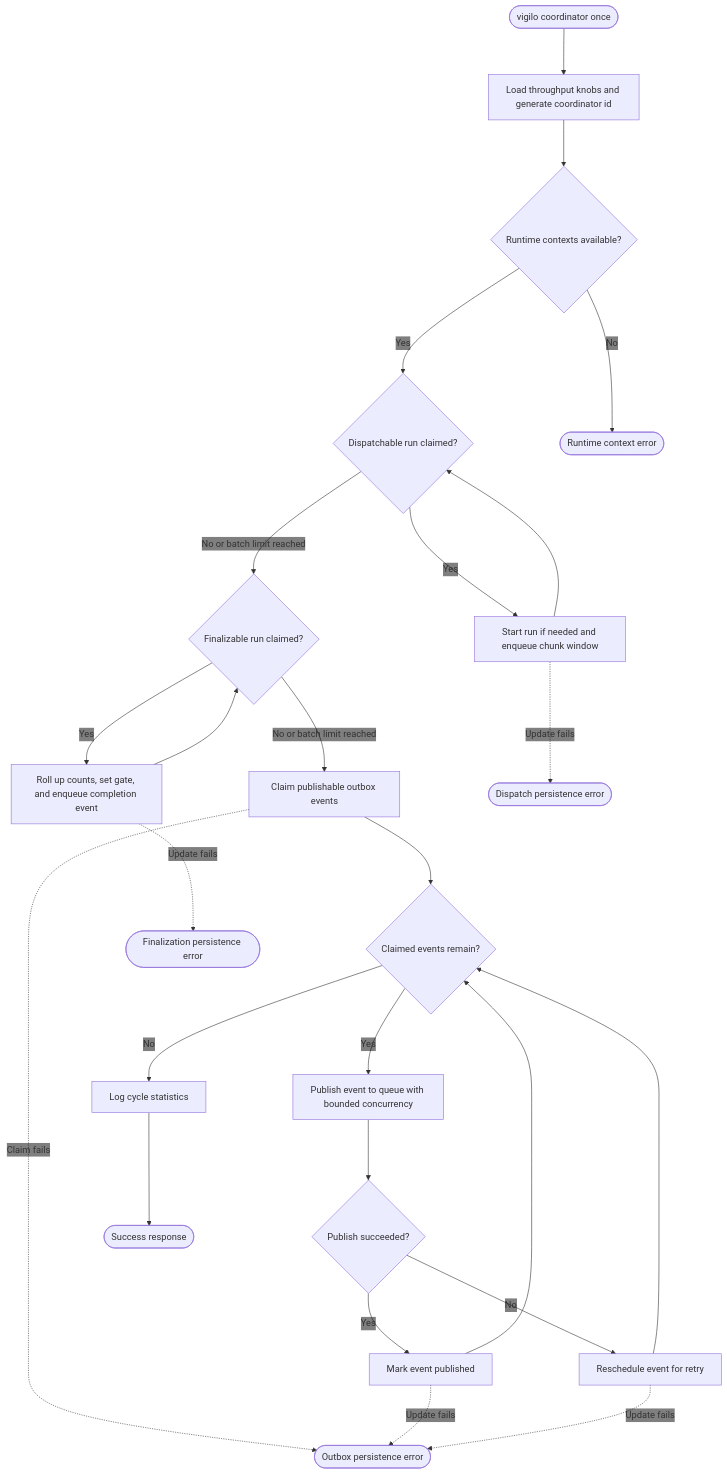
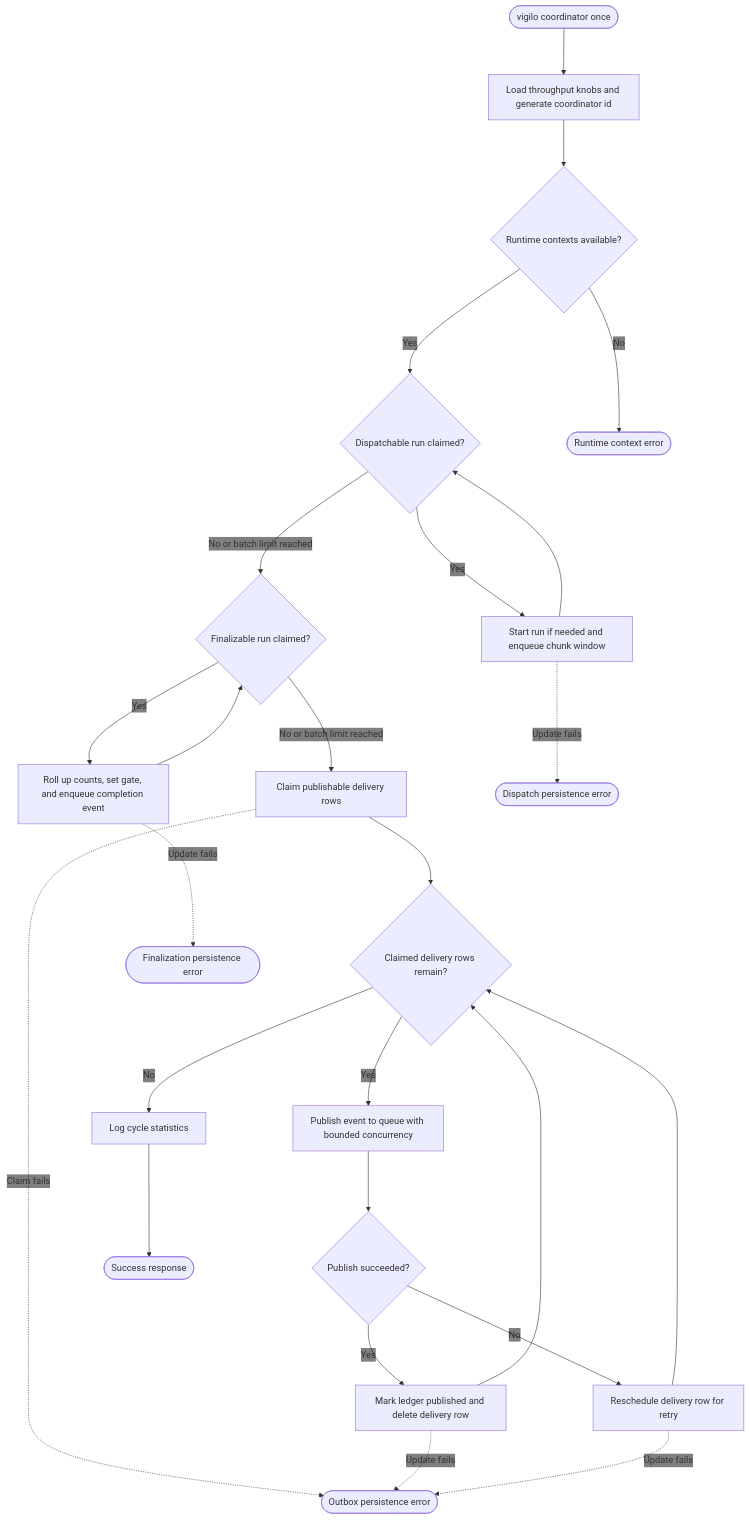
The diagram in web/docs/architecture/flows/coordinator/once/decision-flow.mmd (gregl83/agent-vigilo), drawn with Mermaid before and after one commit. The commit also changed 18 other files, not shown here.

First line of the commit message:
update event outbox to use archive and queue table

```diff
--- a/web/docs/architecture/flows/coordinator/once/decision-flow.mmd
+++ b/web/docs/architecture/flows/coordinator/once/decision-flow.mmd
@@ -1,74 +1,74 @@
 ---
 config:
   flowchart:
     nodeSpacing: 150
     rankSpacing: 80
   themeVariables:
     edgeLabelBackground: 'transparent'
 ---
 flowchart TD
     Start([vigilo coordinator once])
 
     CoordinatorId[Load throughput knobs and generate coordinator id]
     Contexts{Runtime contexts available?}
     DispatchClaim{Dispatchable run claimed?}
     DispatchRun[Start run if needed and enqueue chunk window]
     FinalizeClaim{Finalizable run claimed?}
     FinalizeRun[Roll up counts, set gate, and enqueue completion event]
-    ClaimOutbox[Claim publishable outbox events]
-    Events{Claimed events remain?}
+    ClaimOutbox[Claim publishable delivery rows]
+    Events{Claimed delivery rows remain?}
     Publish[Publish event to queue with bounded concurrency]
     PublishResult{Publish succeeded?}
-    MarkPublished[Mark event published]
-    Reschedule[Reschedule event for retry]
+    MarkPublished[Mark ledger published and delete delivery row]
+    Reschedule[Reschedule delivery row for retry]
     Stats[Log cycle statistics]
 
     Success([Success response])
 
     ContextFail([Runtime context error])
     DispatchFail([Dispatch persistence error])
     FinalizeFail([Finalization persistence error])
     OutboxFail([Outbox persistence error])
 
     Start --> CoordinatorId
     CoordinatorId --> Contexts
 
     Contexts -- No --> ContextFail
     Contexts -- Yes --> DispatchClaim
 
     DispatchClaim -- Yes --> DispatchRun
     DispatchClaim -- No or batch limit reached --> FinalizeClaim
 
     DispatchRun --> DispatchClaim
     DispatchRun -. Update fails .-> DispatchFail
 
     FinalizeClaim -- Yes --> FinalizeRun
     FinalizeClaim -- No or batch limit reached --> ClaimOutbox
 
     FinalizeRun --> FinalizeClaim
     FinalizeRun -. Update fails .-> FinalizeFail
 
     ClaimOutbox --> Events
     ClaimOutbox -. Claim fails .-> OutboxFail
 
     Events -- Yes --> Publish
     Events -- No --> Stats
 
     Publish --> PublishResult
 
     PublishResult -- Yes --> MarkPublished
     PublishResult -- No --> Reschedule
 
     MarkPublished --> Events
     MarkPublished -. Update fails .-> OutboxFail
 
     Reschedule --> Events
     Reschedule -. Update fails .-> OutboxFail
 
     Stats --> Success
 
     class Start command
     class Success success
     class CoordinatorId,Contexts,DispatchClaim,DispatchRun,FinalizeClaim,FinalizeRun,ClaimOutbox,Events,PublishResult,MarkPublished,Reschedule,Stats system
     class Publish component
     class ContextFail,DispatchFail,FinalizeFail,OutboxFail error
```
